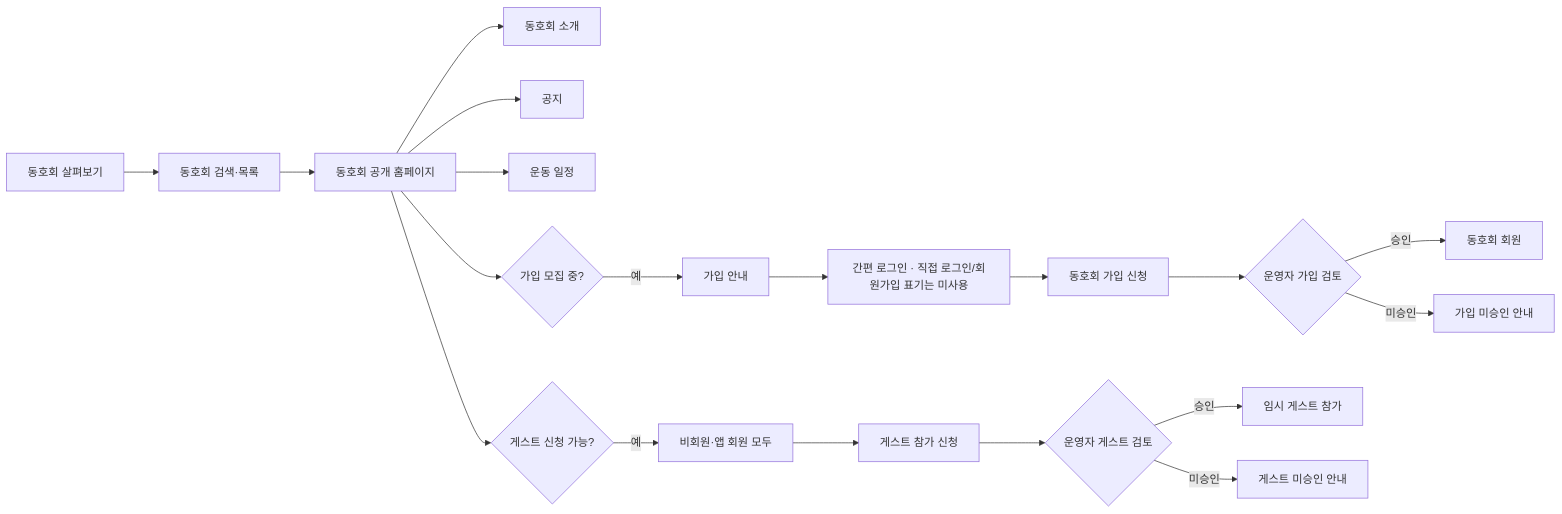
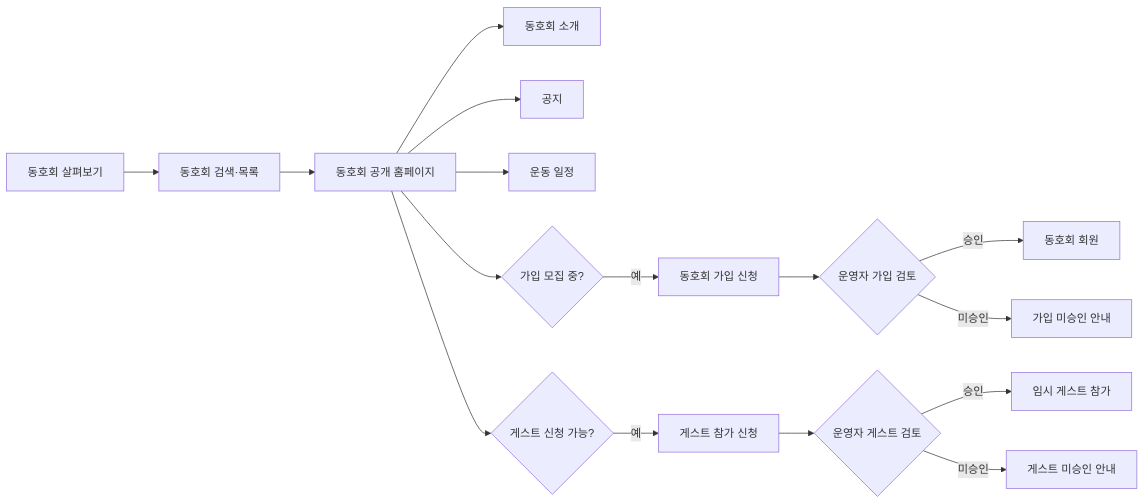
The seventh of 9 diagrams in 02 UI 화면 흐름.md (2hyun2/badminton-club-platform), drawn with Mermaid before and after one commit. The commit also changed other lines of this file and 11 other files, not shown here.

First line of the commit message:
docs(ais): require login for guest applications

````diff
--- a/02 UI 화면 흐름.md
+++ b/02 UI 화면 흐름.md
@@ -257,21 +239,18 @@
 ```mermaid
 flowchart LR
     Explore[동호회 살펴보기] --> ClubSearch[동호회 검색·목록]
     ClubSearch --> PublicHome[동호회 공개 홈페이지]
     PublicHome[동호회 공개 홈페이지] --> Intro[동호회 소개]
     PublicHome --> Notice[공지]
     PublicHome --> Schedule[운동 일정]
     PublicHome --> MembershipOpen{가입 모집 중?}
-    MembershipOpen -- 예 --> JoinGuide[가입 안내]
-    JoinGuide --> LoginOrSignup[간편 로그인 · 직접 로그인/회원가입 표기는 미사용]
-    LoginOrSignup --> MembershipApply[동호회 가입 신청]
+    MembershipOpen -- 예 --> MembershipApply[동호회 가입 신청]
     MembershipApply --> MembershipReview{운영자 가입 검토}
     MembershipReview -- 승인 --> Member[동호회 회원]
     MembershipReview -- 미승인 --> MembershipRejected[가입 미승인 안내]
     PublicHome --> GuestOpen{게스트 신청 가능?}
-    GuestOpen -- 예 --> GuestEligibility[비회원·앱 회원 모두]
-    GuestEligibility --> GuestApply[게스트 참가 신청]
+    GuestOpen -- 예 --> GuestApply[게스트 참가 신청]
     GuestApply --> GuestReview{운영자 게스트 검토}
     GuestReview -- 승인 --> GuestPass[임시 게스트 참가]
     GuestReview -- 미승인 --> GuestRejected[게스트 미승인 안내]
 ```
````
